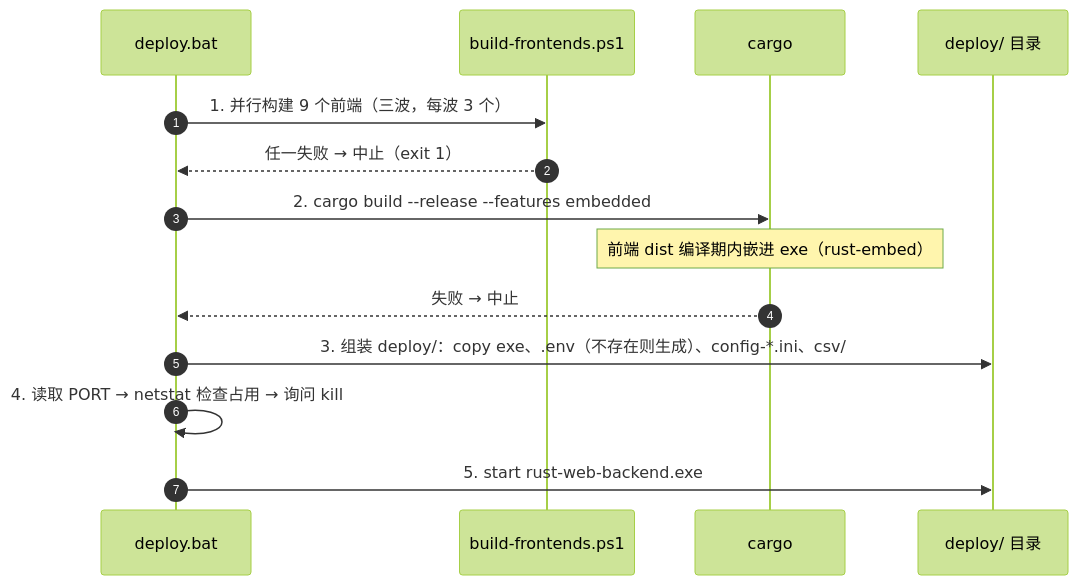
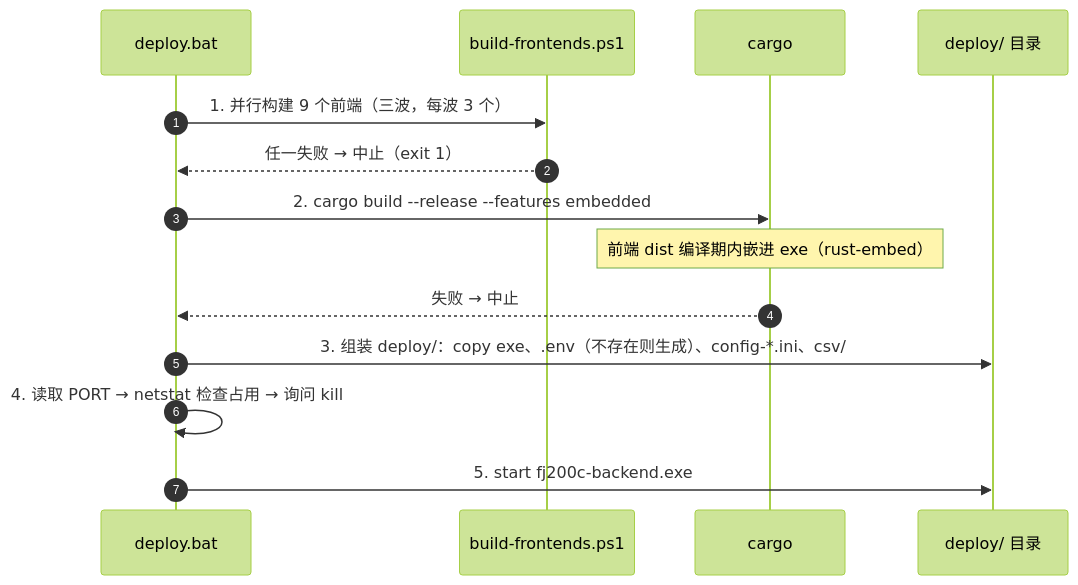
The fourth of 7 diagrams in docs/变更时序详解.md (3123958139/RustWeb-Vue), drawn with Mermaid (forest theme) before and after one commit. The commit also changed other lines of this file and 9 other files, not shown here.

````diff
--- a/docs/变更时序详解.md
+++ b/docs/变更时序详解.md
@@ -360,17 +360,17 @@
 ```mermaid
 sequenceDiagram
     autonumber
     participant D as deploy.bat
     participant F as build-frontends.ps1
     participant C as cargo
     participant O as deploy/ 目录
 
     D->>F: 1. 并行构建 9 个前端（三波，每波 3 个）
     F-->>D: 任一失败 → 中止（exit 1）
     D->>C: 2. cargo build --release --features embedded
     Note over C: 前端 dist 编译期内嵌进 exe（rust-embed）
     C-->>D: 失败 → 中止
     D->>O: 3. 组装 deploy/：copy exe、.env（不存在则生成）、config-*.ini、csv/
     D->>D: 4. 读取 PORT → netstat 检查占用 → 询问 kill
-    D->>O: 5. start rust-web-backend.exe
+    D->>O: 5. start fj200c-backend.exe
 ```
````
